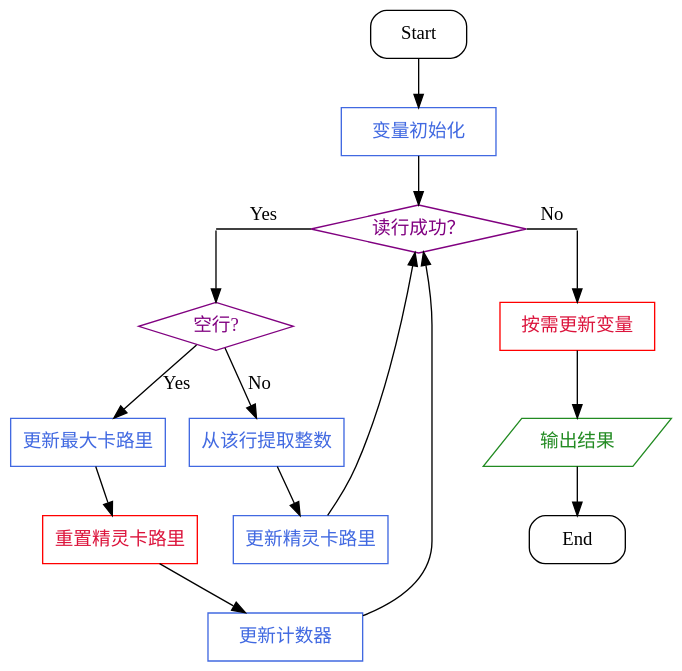
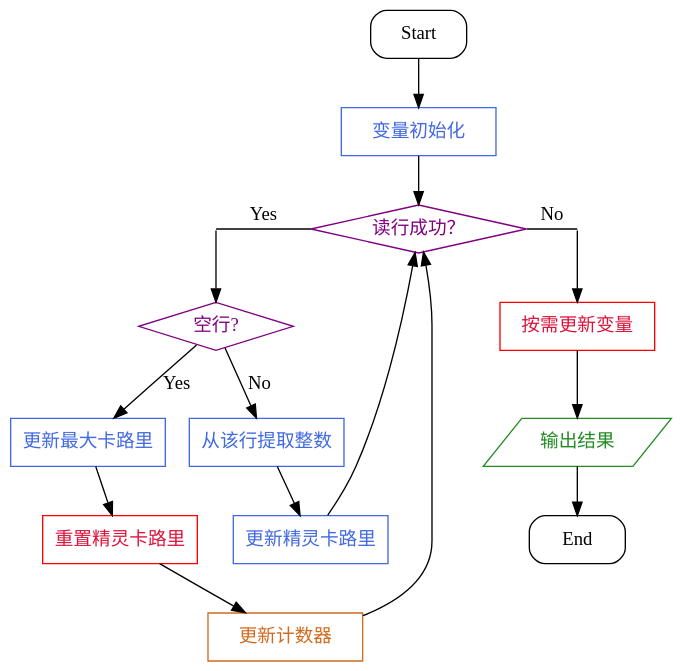
The diagram in literacy/mee/calorie_counting.gv (Gyoudmon/advent-of-code), drawn with Graphviz before and after one commit. The commit also changed 6 other files, not shown here.

```diff
--- a/literacy/mee/calorie_counting.gv
+++ b/literacy/mee/calorie_counting.gv
@@ -1,62 +1,62 @@
 digraph CalorieCounting {
     /* graph attributes */
     bgcolor = transparent;
 
     /* ghost nodes */
     node [ shape = point, width = 0, height = 0 ];
     read_yes, read_no [ style = invis ];
 
     /* special nodes */
     node [ shape = box, width = 1, height = 0.5 ];
     Start, End [ style = rounded ];
 
     /* conditional nodes */
     node [ shape = diamond, width = 1.618, color = purple, fontcolor = purple ];    
     read_okay [ label = "读行成功？" ];
     blank [ label = "空行?" ];
 
     /* IO nodes */
     node [ shape = parallelogram, color = forestgreen, fontcolor = forestgreen ];
     display [ label = "输出结果" ];
     
     /* variable-related nodes */
     node [ shape = rect, color = royalblue, fontcolor = royalblue ];
     initialize [ label = "变量初始化" ];
     stoi [ label = "从该行提取整数" ];
-    update_counter [ label = "更新计数器" ];
+    update_counter [ label = "更新计数器", color = chocolate, fontcolor = chocolate ];
     update_calorie [ label = "更新精灵卡路里" ];
     update_max_calorie [ label = "更新最大卡路里" ];
     
     /* error-prone nodes */
     node [ color = red, fontcolor = crimson ];
     update_for_the_final_round [ label = "按需更新变量" ];
     reset_calorie [ label = "重置精灵卡路里" ];
     
     /* edges */
     subgraph rssl {
         read_yes -> blank;
         
         blank -> update_max_calorie [ label = "Yes" ];
         update_max_calorie -> reset_calorie -> update_counter -> read_okay;
         
         blank -> stoi [ label = "No" ];
         stoi -> update_calorie -> read_okay; 
     }
 
     subgraph final_round {
         read_no -> update_for_the_final_round;
         update_for_the_final_round -> display;
     }
 
     subgraph main {
         Start -> initialize -> read_okay;
         
         subgraph align_the_main_loop_nodes {
             rank= same;
             read_yes -> read_okay [ dir = back, arrowtail = none, label = "Yes", minlen = 2 ];
             read_okay -> read_no [ arrowhead = none, label = "No" ];
         }
 
         display -> End;
     }
 }
```
